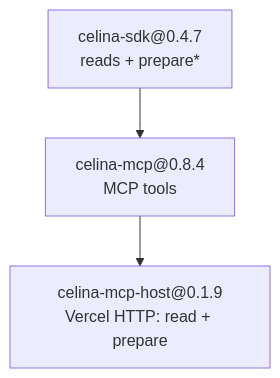
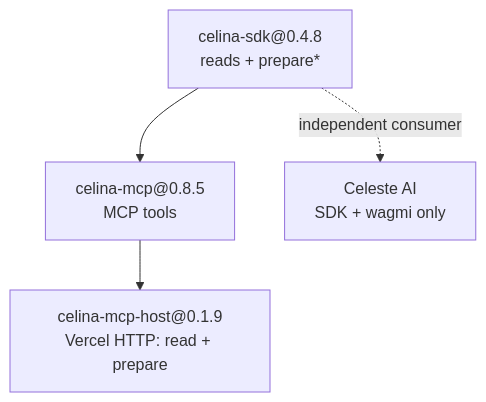
Before and after one commit to andrewkimjoseph/celina-sdk: the diagram in docs/README.md, drawn with Mermaid. The commit also changed other lines of this file and 3 other files, not shown here.

Commit message:
Document SDK vs MCP wallet model and Celeste independence.

````diff
--- a/docs/README.md
+++ b/docs/README.md
@@ -9,9 +9,11 @@
 ```mermaid
 flowchart TB
-  sdk["celina-sdk@0.4.7<br/>reads + prepare*"]
-  mcp["celina-mcp@0.8.4<br/>MCP tools"]
+  sdk["celina-sdk@0.4.8<br/>reads + prepare*"]
+  mcp["celina-mcp@0.8.5<br/>MCP tools"]
   host["celina-mcp-host@0.1.9<br/>Vercel HTTP: read + prepare"]
+  celeste["Celeste AI<br/>SDK + wagmi only"]
 
   sdk --> mcp
   mcp --> host
+  sdk -.->|independent consumer| celeste
 ```
````
